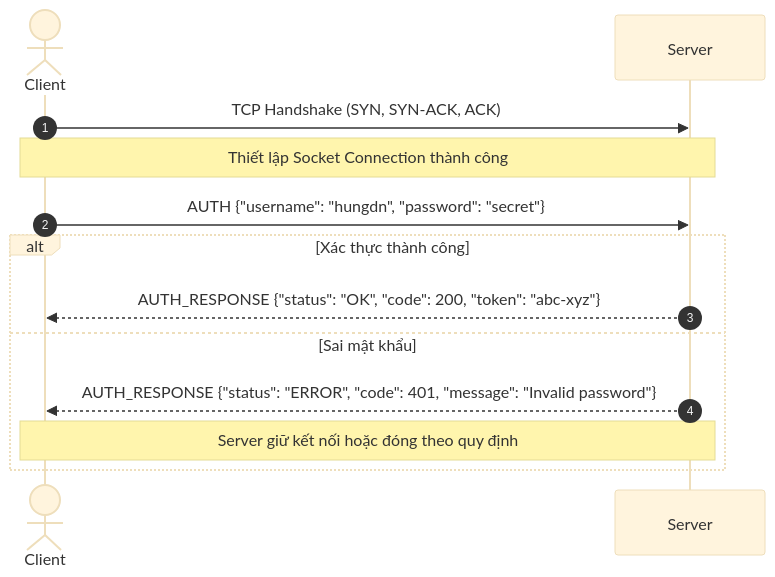
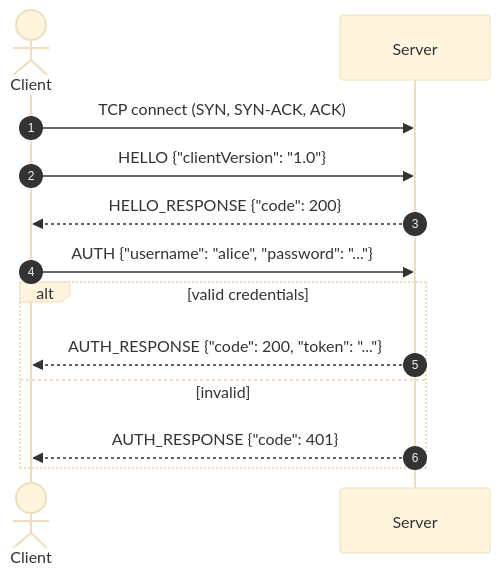
One commit to hungdn1701/network-programming-starter changed the first of 2 diagrams in docs/protocol-design.md. Above: the diagram before and after it, drawn with Mermaid (base theme). The commit also changed other lines of this file and 29 other files, not shown here.

````diff
--- a/docs/protocol-design.md
+++ b/docs/protocol-design.md
@@ -110,16 +111,15 @@
 ```mermaid
 sequenceDiagram
     autonumber
     actor C as Client
     participant S as Server
-
-    C->>S: TCP Handshake (SYN, SYN-ACK, ACK)
-    Note over C,S: Thiết lập Socket Connection thành công
-    C->>S: AUTH {"username": "hungdn", "password": "secret"}
-    alt Xác thực thành công
-        S-->>C: AUTH_RESPONSE {"status": "OK", "code": 200, "token": "abc-xyz"}
-    else Sai mật khẩu
-        S-->>C: AUTH_RESPONSE {"status": "ERROR", "code": 401, "message": "Invalid password"}
-        Note over C,S: Server giữ kết nối hoặc đóng theo quy định
+    C->>S: TCP connect (SYN, SYN-ACK, ACK)
+    C->>S: HELLO {"clientVersion": "1.0"}
+    S-->>C: HELLO_RESPONSE {"code": 200}
+    C->>S: AUTH {"username": "alice", "password": "..."}
+    alt valid credentials
+        S-->>C: AUTH_RESPONSE {"code": 200, "token": "..."}
+    else invalid
+        S-->>C: AUTH_RESPONSE {"code": 401}
     end
 ```
````
